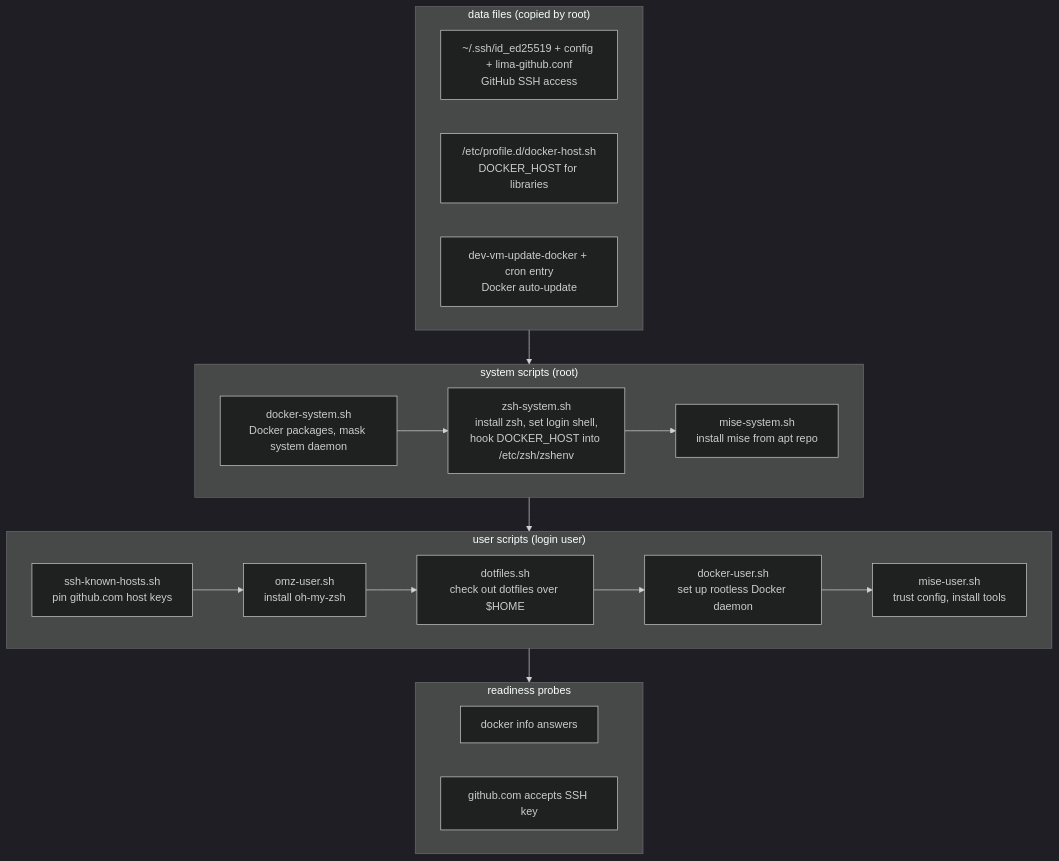
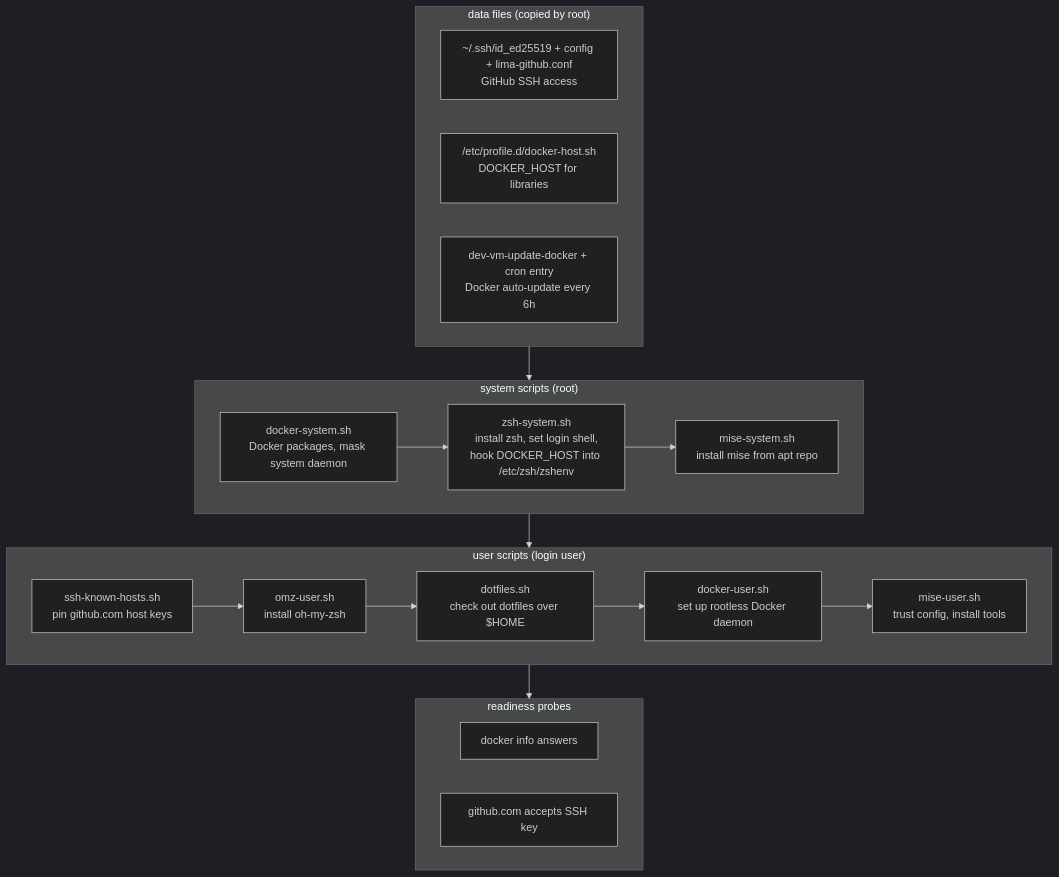
The diagram in README.md (robsonpeixoto/dev-vm), drawn with Mermaid (dark theme) before and after one commit. The commit also changed other lines of this file and 8 other files, not shown here.

````diff
--- a/README.md
+++ b/README.md
@@ -230,33 +232,33 @@
 ```mermaid
 flowchart TD
     subgraph data["data files (copied by root)"]
         d1["~/.ssh/id_ed25519 + config + lima-github.conf<br>GitHub SSH access"]
         d2["/etc/profile.d/docker-host.sh<br>DOCKER_HOST for libraries"]
-        d3["dev-vm-update-docker + cron entry<br>Docker auto-update"]
+        d3["dev-vm-update-docker + cron entry<br>Docker auto-update every 6h"]
     end
 
     subgraph system["system scripts (root)"]
         s1["docker-system.sh<br>Docker packages, mask system daemon"]
         s2["zsh-system.sh<br>install zsh, set login shell,<br>hook DOCKER_HOST into /etc/zsh/zshenv"]
         s3["mise-system.sh<br>install mise from apt repo"]
     end
 
     subgraph user["user scripts (login user)"]
         u1["ssh-known-hosts.sh<br>pin github.com host keys"]
         u2["omz-user.sh<br>install oh-my-zsh"]
         u3["dotfiles.sh<br>check out dotfiles over $HOME"]
         u4["docker-user.sh<br>set up rootless Docker daemon"]
         u5["mise-user.sh<br>trust config, install tools"]
     end
 
     subgraph probes["readiness probes"]
         p1["docker info answers"]
         p2["github.com accepts SSH key"]
     end
 
     data --> system
     s1 --> s2 --> s3
     system --> user
     u1 --> u2 --> u3 --> u4 --> u5
     user --> probes
 ```
````
